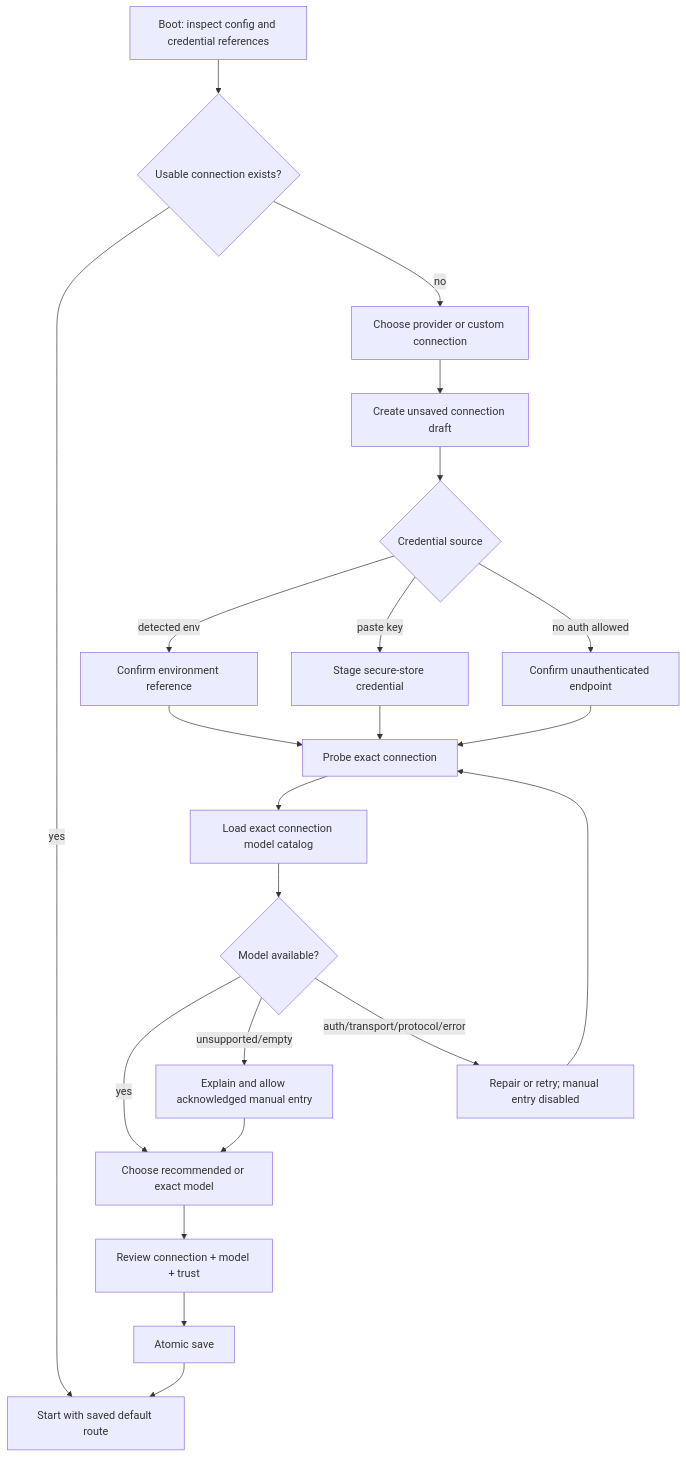
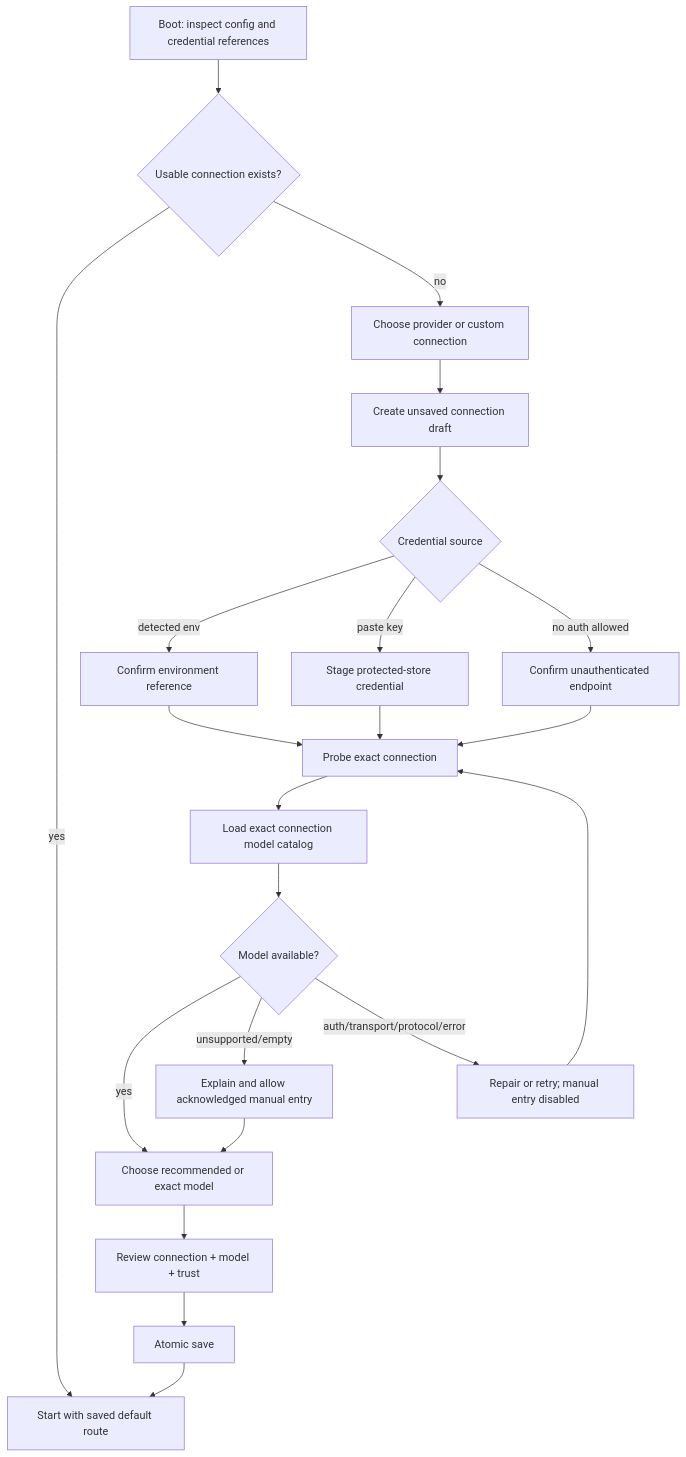
Before and after one commit to JimmyDaddy/sigil: the diagram in dev/docs/rfcs/0056-provider-connections-credentials-and-model-catalog-v1.md, drawn with Mermaid. The commit also changed other lines of this file and 26 other files, not shown here.

First line of the commit message:
refactor:  credential store handling and update documentation

````diff
--- a/dev/docs/rfcs/0056-provider-connections-credentials-and-model-catalog-v1.md
+++ b/dev/docs/rfcs/0056-provider-connections-credentials-and-model-catalog-v1.md
@@ -234,24 +252,24 @@
 ```mermaid
 flowchart TD
     B["Boot: inspect config and credential references"] --> U{"Usable connection exists?"}
     U -- "yes" --> S["Start with saved default route"]
     U -- "no" --> P["Choose provider or custom connection"]
     P --> D["Create unsaved connection draft"]
     D --> A{"Credential source"}
     A -- "detected env" --> E["Confirm environment reference"]
-    A -- "paste key" --> K["Stage secure-store credential"]
+    A -- "paste key" --> K["Stage protected-store credential"]
     A -- "no auth allowed" --> N["Confirm unauthenticated endpoint"]
     E --> V["Probe exact connection"]
     K --> V
     N --> V
     V --> M["Load exact connection model catalog"]
     M --> C{"Model available?"}
     C -- "yes" --> X["Choose recommended or exact model"]
     C -- "unsupported/empty" --> Y["Explain and allow acknowledged manual entry"]
     C -- "auth/transport/protocol/error" --> Z["Repair or retry; manual entry disabled"]
     X --> R["Review connection + model + trust"]
     Y --> X
     Z --> V
     R --> W["Atomic save"]
     W --> S
 ```
````
